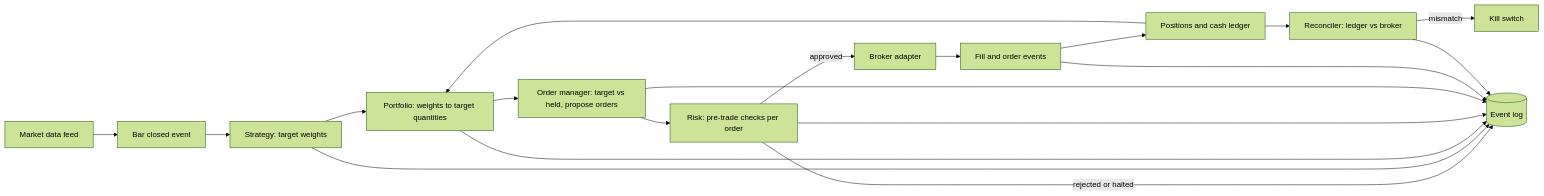
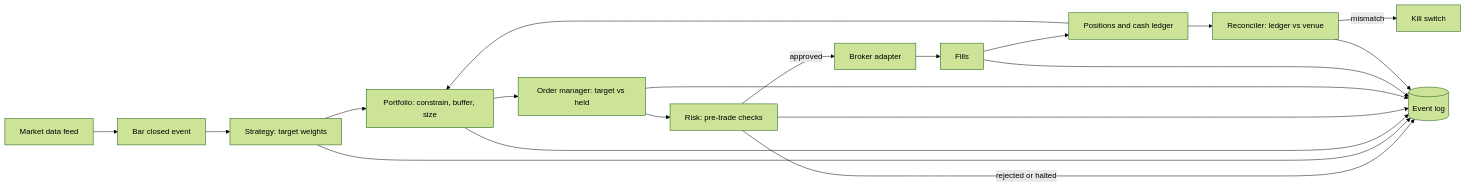
One commit to magai2002/kestrel changed the diagram in README.md. Above: the diagram before and after it, drawn with Mermaid (forest theme). The commit also changed other lines of this file and 155 other files, not shown here.

````diff
--- a/README.md
+++ b/README.md
@@ -67,16 +45,16 @@
 ```mermaid
 flowchart LR
     MD[Market data feed] --> BAR[Bar closed event]
     BAR --> STRAT[Strategy: target weights]
-    STRAT --> PORT[Portfolio: weights to target quantities]
-    PORT --> OMS[Order manager: target vs held, propose orders]
-    OMS --> RISK[Risk: pre-trade checks per order]
+    STRAT --> PORT[Portfolio: constrain, buffer, size]
+    PORT --> OMS[Order manager: target vs held]
+    OMS --> RISK[Risk: pre-trade checks]
     RISK -->|approved| BRK[Broker adapter]
     RISK -->|rejected or halted| LOG[(Event log)]
-    BRK --> FILL[Fill and order events]
+    BRK --> FILL[Fills]
     FILL --> LEDGER[Positions and cash ledger]
     LEDGER --> PORT
-    LEDGER --> REC[Reconciler: ledger vs broker]
+    LEDGER --> REC[Reconciler: ledger vs venue]
     REC -->|mismatch| KILL[Kill switch]
     STRAT & PORT & RISK & OMS & FILL & REC --> LOG
 ```
````
